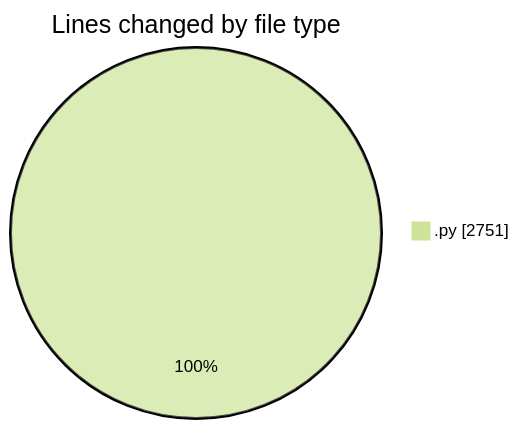
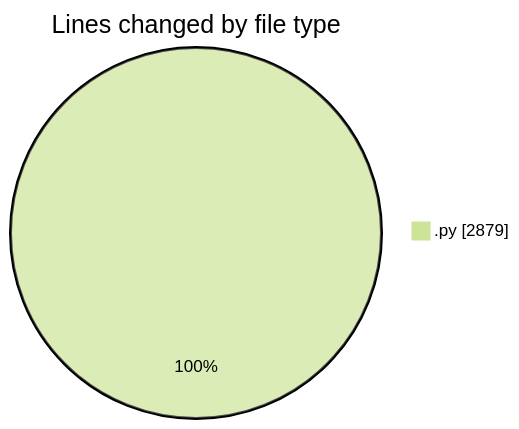
The first of 2 diagrams in 2025-11-24/eventscop-api-guide__workspace_/README.md (julien-gomy/code-tracking), drawn with Mermaid (forest theme) before and after one commit. The commit also changed other lines of this file and 1 other file, not shown here.

````diff
--- a/2025-11-24/eventscop-api-guide__workspace_/README.md
+++ b/2025-11-24/eventscop-api-guide__workspace_/README.md
@@ -24,5 +25,5 @@
 ```mermaid
 pie showData
 title Lines changed by file type
-".py" : 2751
+".py" : 2879
 ```
````
